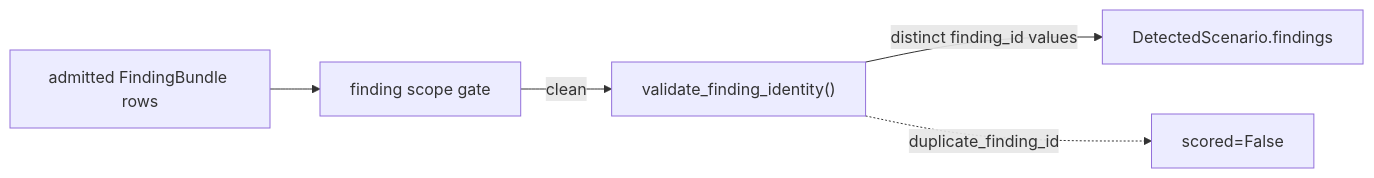
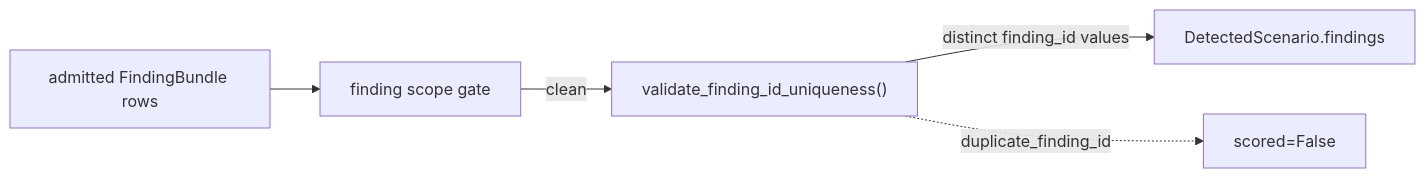
One commit to nirosen/labs-OO-Agents changed the first of 19 diagrams in examples/security_hardening/README.md. Above: the diagram before and after it, drawn with Mermaid. The commit also changed other lines of this file and 7 other files, not shown here.

Commit message:
rename finding identity gate to ID uniqueness

````diff
--- a/examples/security_hardening/README.md
+++ b/examples/security_hardening/README.md
@@ -17,7 +17,7 @@
 ```mermaid
 flowchart LR
     B["admitted FindingBundle rows"] --> S["finding scope gate"]
-    S -- "clean" --> I["validate_finding_identity()"]
+    S -- "clean" --> I["validate_finding_id_uniqueness()"]
     I -- "distinct finding_id values" --> O["DetectedScenario.findings"]
     I -. "duplicate_finding_id" .-> X["scored=False"]
 ```
````
